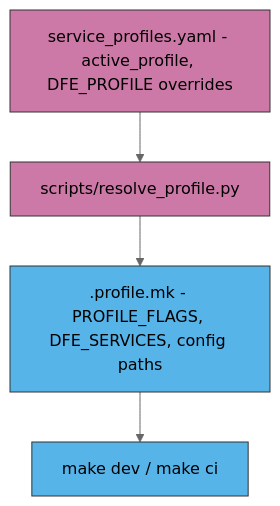
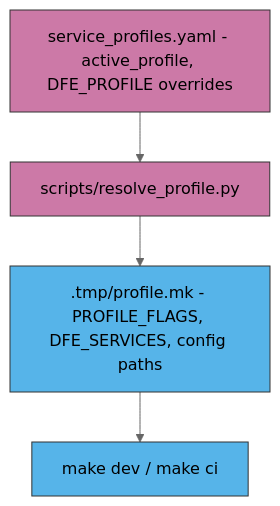
One commit to hyperi-io/dfe-docker changed the fourth of 4 diagrams in docs/architecture.md. Above: the diagram before and after it, drawn with Mermaid (neutral theme). The commit also changed other lines of this file and 45 other files, not shown here.

````diff
--- a/docs/architecture.md
+++ b/docs/architecture.md
@@ -230,14 +228,14 @@
 ```mermaid
 flowchart TD
     classDef cfg fill:#CC79A7,stroke:#333333,color:#000000
     classDef out fill:#56B4E9,stroke:#333333,color:#000000
 
     sp["service_profiles.yaml - active_profile, DFE_PROFILE overrides"]:::cfg
     resolve["scripts/resolve_profile.py"]:::cfg
-    mk[".profile.mk - PROFILE_FLAGS, DFE_SERVICES, config paths"]:::out
+    mk[".tmp/profile.mk - PROFILE_FLAGS, DFE_SERVICES, config paths"]:::out
     make["make dev / make ci"]:::out
 
     sp --> resolve
     resolve --> mk
     mk --> make
 ```
````
